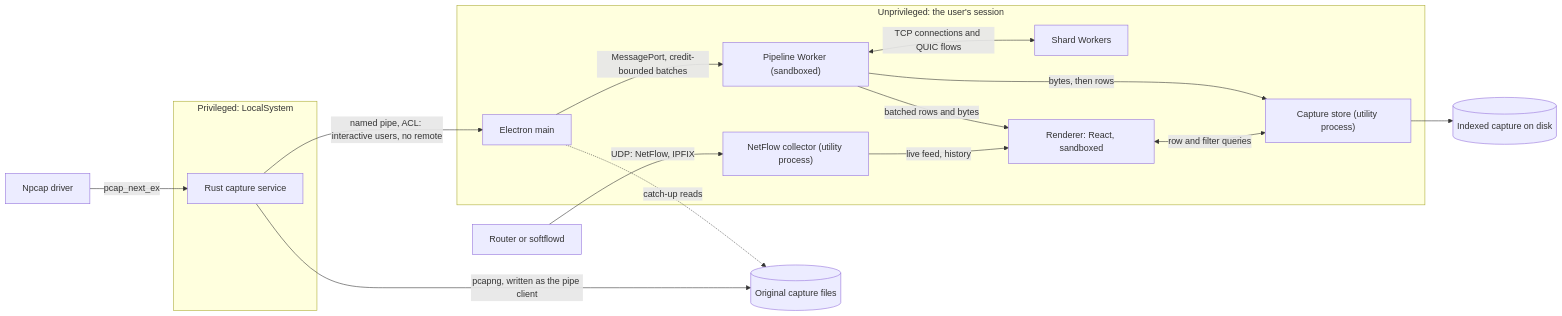
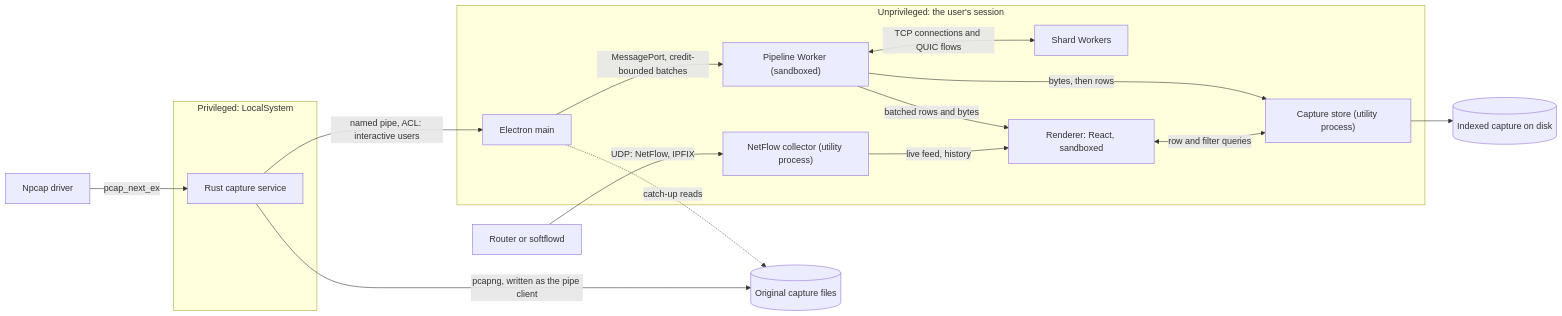
Before and after one commit to Doofess/inwire: the diagram in README.md, drawn with Mermaid. The commit also changed other lines of this file and 2 other files, not shown here.

````diff
--- a/README.md
+++ b/README.md
@@ -29,20 +31,20 @@
 ```mermaid
 flowchart LR
   subgraph priv["Privileged: LocalSystem"]
     agent["Rust capture service"]
   end
   npcap["Npcap driver"] -->|"pcap_next_ex"| agent
   agent -->|"pcapng, written as the pipe client"| raw[("Original capture files")]
   subgraph user["Unprivileged: the user's session"]
     main["Electron main"] -->|"MessagePort, credit-bounded batches"| worker["Pipeline Worker (sandboxed)"]
     worker <-->|"TCP connections and QUIC flows"| shards["Shard Workers"]
     worker -->|"bytes, then rows"| store["Capture store (utility process)"]
     worker -->|"batched rows and bytes"| ui["Renderer: React, sandboxed"]
     ui <-->|"row and filter queries"| store
     mon["NetFlow collector (utility process)"] -->|"live feed, history"| ui
   end
-  agent -->|"named pipe, ACL: interactive users, no remote"| main
+  agent -->|"named pipe, ACL: interactive users"| main
   main -.->|"catch-up reads"| raw
   store --> disk[("Indexed capture on disk")]
   exporter["Router or softflowd"] -->|"UDP: NetFlow, IPFIX"| mon
 ```
````
